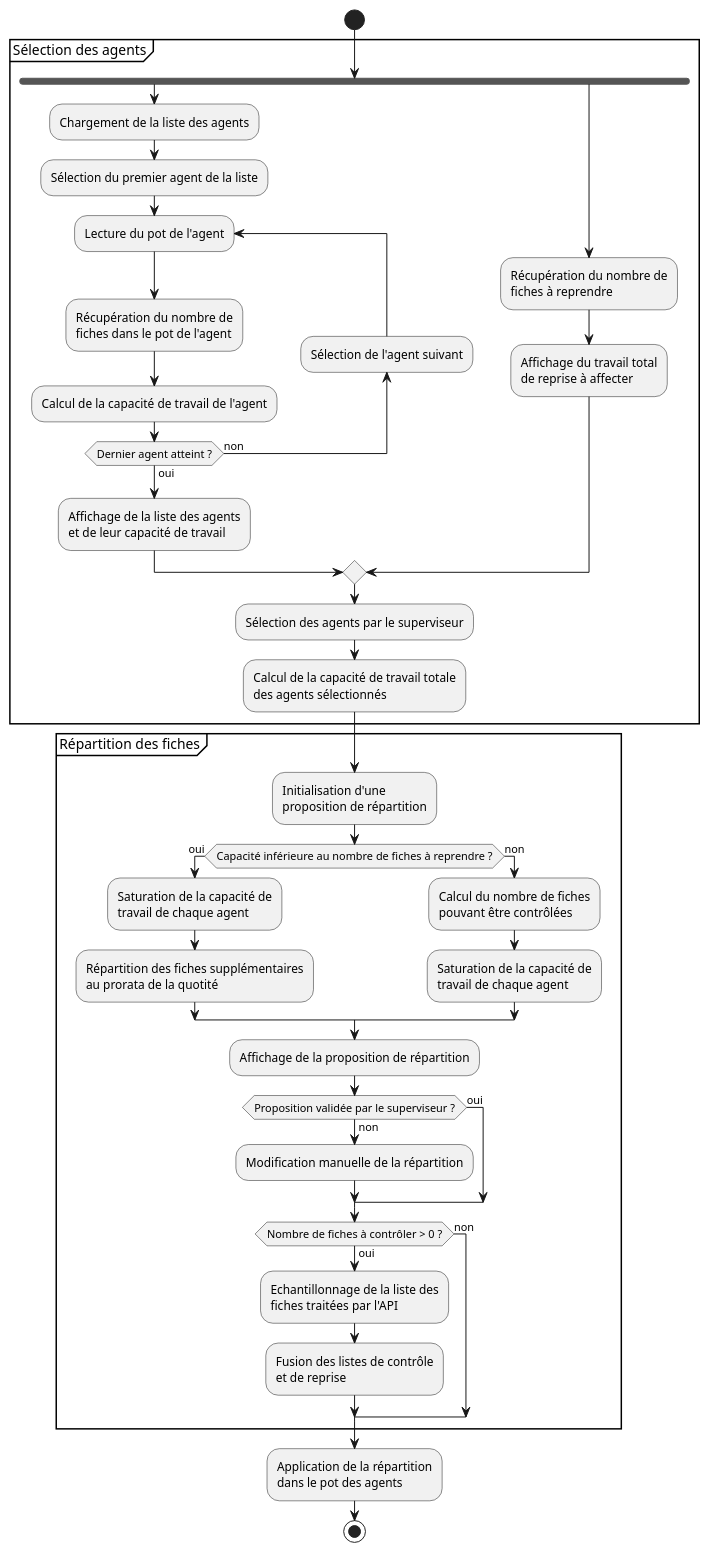
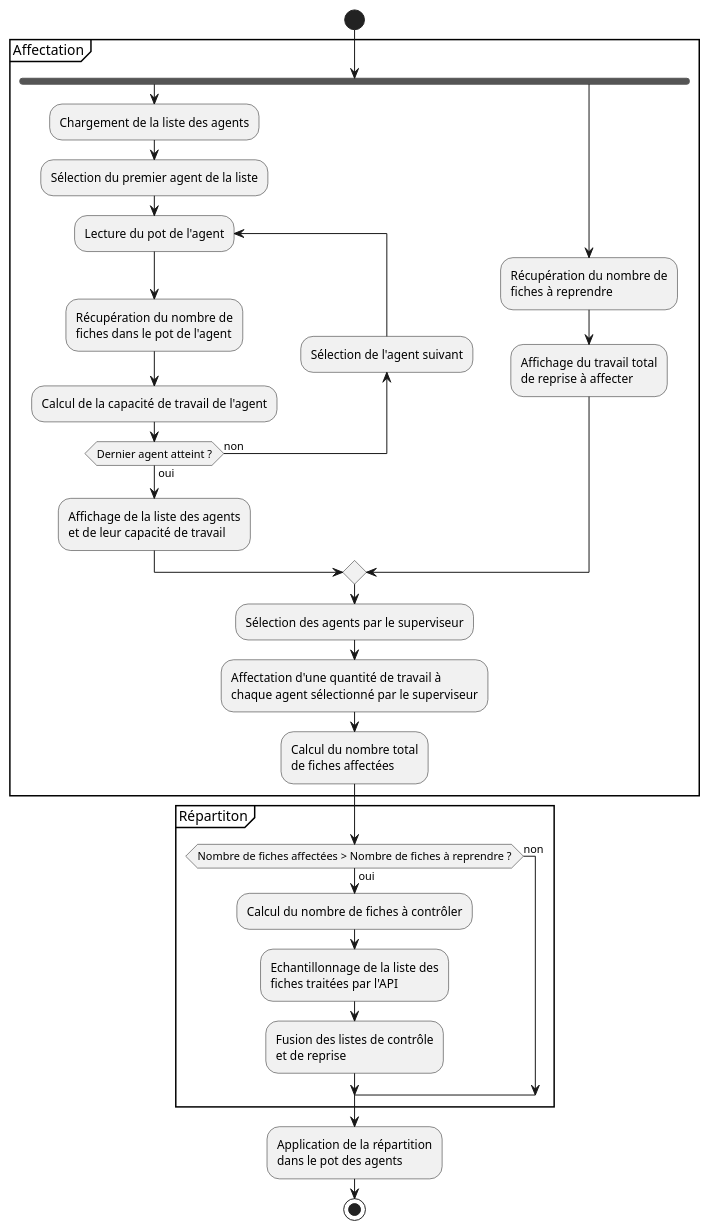
The diagram in uml/diag_activite_repartition.puml (itsame-mcl/PSyCoQuAC), drawn with PlantUML before and after one commit.

Commit message:
MàJ UML Répartition suite à réunion

```diff
--- a/uml/diag_activite_repartition.puml
+++ b/uml/diag_activite_repartition.puml
@@ -1,56 +1,41 @@
 @startuml "uml_activite_repartition"
 skinparam ConditionEndStyle hline
 start
-group Sélection des agents
+group Affectation
 fork
 :Chargement de la liste des agents;
 :Sélection du premier agent de la liste;
 repeat :Lecture du pot de l'agent;
     :Récupération du nombre de 
     fiches dans le pot de l'agent;
     :Calcul de la capacité de travail de l'agent;
 backward:Sélection de l'agent suivant;
 repeat while (Dernier agent atteint ?) is (non) not (oui)
 :Affichage de la liste des agents
 et de leur capacité de travail;
 fork again
 :Récupération du nombre de
 fiches à reprendre;
 :Affichage du travail total
 de reprise à affecter;
 end merge
 :Sélection des agents par le superviseur;
-:Calcul de la capacité de travail totale
-des agents sélectionnés;
+:Affectation d'une quantité de travail à
+chaque agent sélectionné par le superviseur;
+:Calcul du nombre total
+de fiches affectées;
 end group
-group Répartition des fiches
-:Initialisation d'une
-proposition de répartition;
-if (Capacité inférieure au nombre de fiches à reprendre ?) then (oui)
-    :Saturation de la capacité de
-    travail de chaque agent;
-    :Répartition des fiches supplémentaires
-    au prorata de la quotité;
-else (non)
-    :Calcul du nombre de fiches
-    pouvant être contrôlées;
-    :Saturation de la capacité de
-    travail de chaque agent;
-endif
-:Affichage de la proposition de répartition;
-if (Proposition validée par le superviseur ?) then (oui)
-else (non)
-    :Modification manuelle de la répartition;
-endif
-if (Nombre de fiches à contrôler > 0 ?) then (oui)
+group Répartiton
+if (Nombre de fiches affectées > Nombre de fiches à reprendre ?) then (oui)
+    :Calcul du nombre de fiches à contrôler;
     :Echantillonnage de la liste des
     fiches traitées par l'API;
     :Fusion des listes de contrôle
     et de reprise;
 else (non)
 endif
 end group
 :Application de la répartition
 dans le pot des agents;
 stop
 @enduml
```
